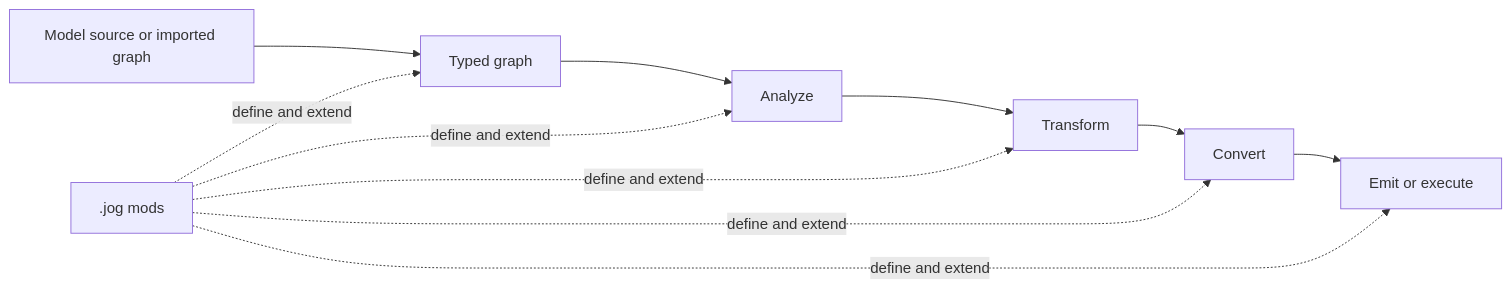
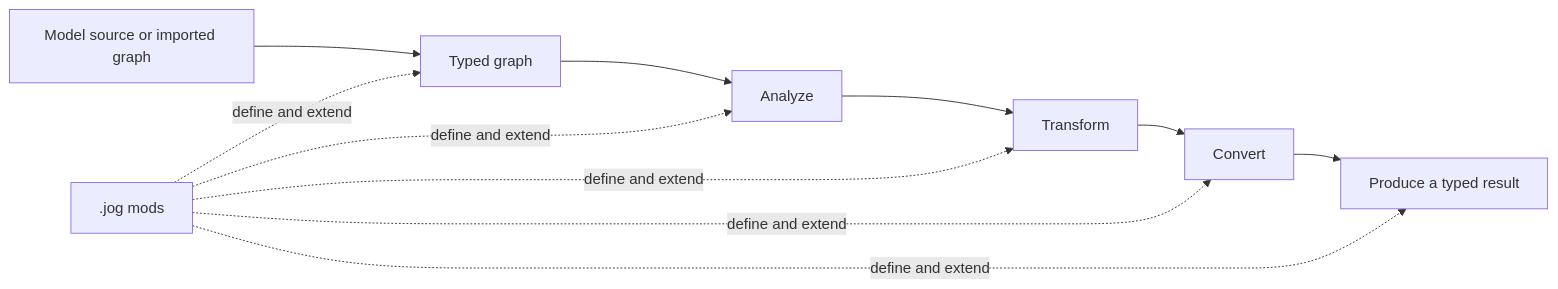
The diagram in docs/index.md (lancerstadium/joggle), drawn with Mermaid before and after one commit. The commit also changed other lines of this file and 10 other files, not shown here.

Commit message:
separate core architecture from bundled mods

````diff
--- a/docs/index.md
+++ b/docs/index.md
@@ -23,13 +23,13 @@
 ```mermaid
 flowchart LR
   A[Model source or imported graph] --> B[Typed graph]
   B --> C[Analyze]
   C --> D[Transform]
   D --> E[Convert]
-  E --> F[Emit or execute]
+  E --> F[Produce a typed result]
   M[.jog mods] -. define and extend .-> B
   M -. define and extend .-> C
   M -. define and extend .-> D
   M -. define and extend .-> E
   M -. define and extend .-> F
 ```
````
